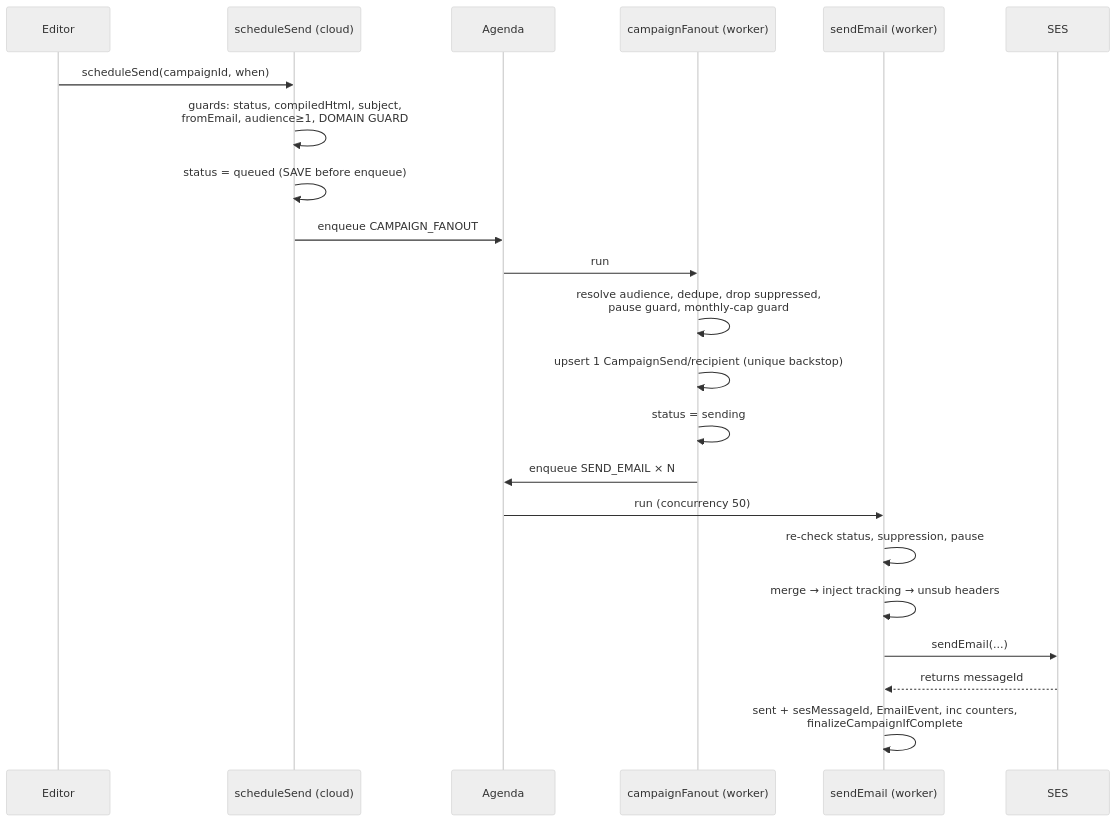
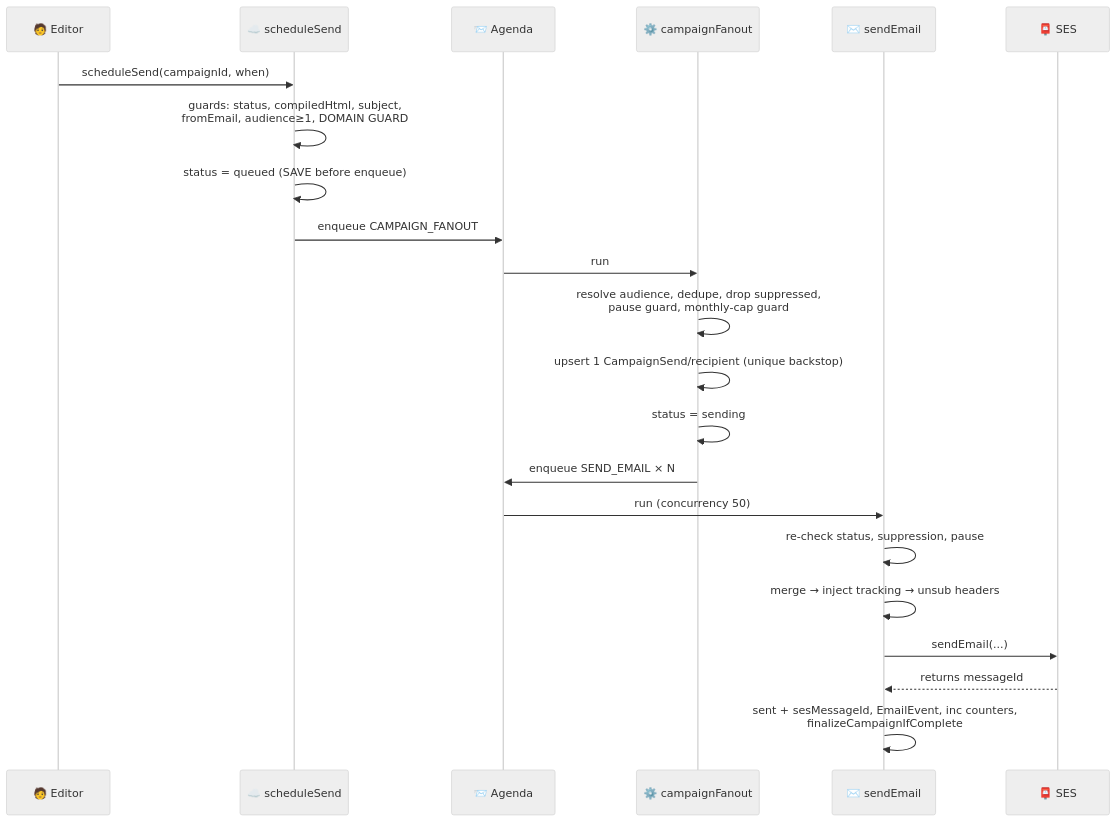
One commit to sidkr/fe-gorilla changed the sixth of 7 diagrams in documentation/architecture.md. Above: the diagram before and after it, drawn with Mermaid (neutral theme). The commit also changed other lines of this file and 2 other files, not shown here.

First line of the commit message:
docs: color-code + add iconography to architecture diagrams

````diff
--- a/documentation/architecture.md
+++ b/documentation/architecture.md
@@ -324,24 +360,24 @@
 ```mermaid
 sequenceDiagram
-  participant Editor
-  participant CF as scheduleSend (cloud)
-  participant Q as Agenda
-  participant FO as campaignFanout (worker)
-  participant SE as sendEmail (worker)
-  participant SES
+  participant Editor as 🧑 Editor
+  participant CF as ☁️ scheduleSend
+  participant Q as 📨 Agenda
+  participant FO as ⚙️ campaignFanout
+  participant SE as ✉️ sendEmail
+  participant SES as 📮 SES
   Editor->>CF: scheduleSend(campaignId, when)
   CF->>CF: guards: status, compiledHtml, subject,<br/>fromEmail, audience≥1, DOMAIN GUARD
   CF->>CF: status = queued (SAVE before enqueue)
   CF->>Q: enqueue CAMPAIGN_FANOUT
   Q->>FO: run
   FO->>FO: resolve audience, dedupe, drop suppressed,<br/>pause guard, monthly-cap guard
   FO->>FO: upsert 1 CampaignSend/recipient (unique backstop)
   FO->>FO: status = sending
   FO->>Q: enqueue SEND_EMAIL × N
   Q->>SE: run (concurrency 50)
   SE->>SE: re-check status, suppression, pause
   SE->>SE: merge → inject tracking → unsub headers
   SE->>SES: sendEmail(...)
   SES-->>SE: returns messageId
   SE->>SE: sent + sesMessageId, EmailEvent, inc counters,<br/>finalizeCampaignIfComplete
 ```
````
